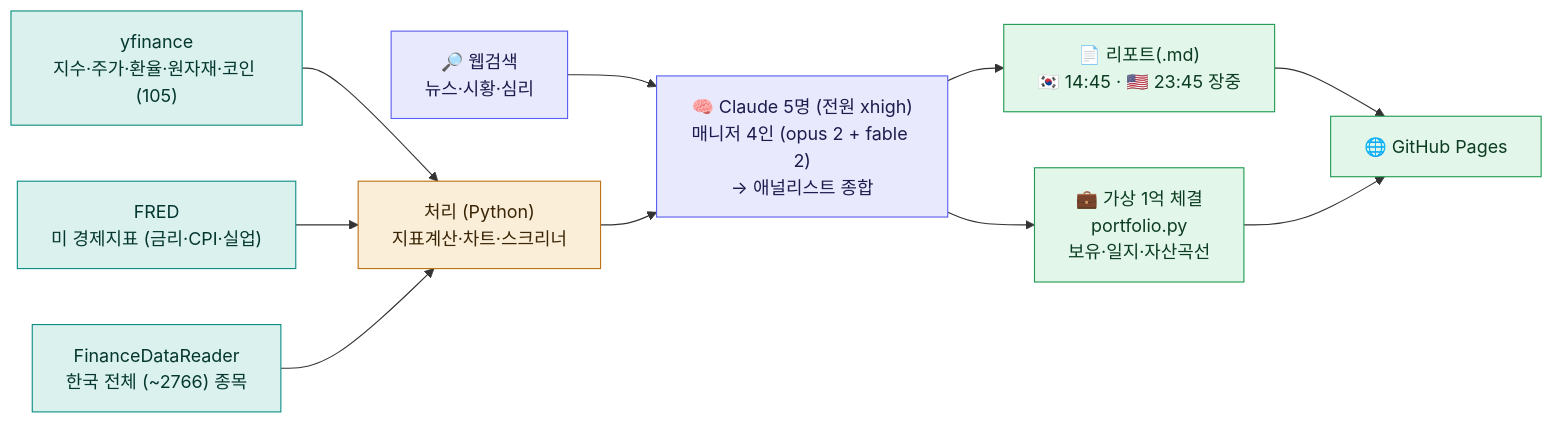
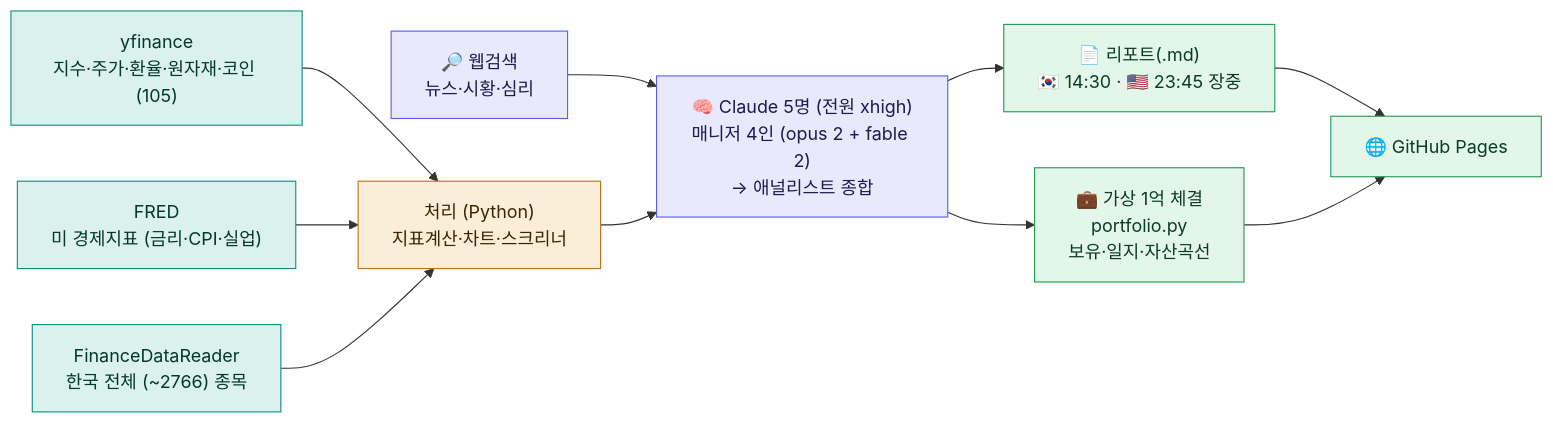
One commit to gks930620/stock-daily changed the second of 2 diagrams in docs/OVERVIEW.md. Above: the diagram before and after it, drawn with Mermaid. The commit also changed other lines of this file and 25 other files, not shown here.

````diff
--- a/docs/OVERVIEW.md
+++ b/docs/OVERVIEW.md
@@ -63,17 +67,17 @@
 ```mermaid
 flowchart LR
   Y["yfinance<br/>지수·주가·환율·원자재·코인 (105)"] --> P
   FR["FRED<br/>미 경제지표 (금리·CPI·실업)"] --> P
   FD["FinanceDataReader<br/>한국 전체 (~2766) 종목"] --> P
   WS["🔎 웹검색<br/>뉴스·시황·심리"] --> CL
 
   P["처리 (Python)<br/>지표계산·차트·스크리너"] --> CL
-  CL["🧠 Claude 5명 (전원 xhigh)<br/>매니저 4인 (opus 2 + fable 2)<br/>→ 애널리스트 종합"] --> R["📄 리포트(.md)<br/>🇰🇷 14:45 · 🇺🇸 23:45 장중"] --> PG["🌐 GitHub Pages"]
+  CL["🧠 Claude 5명 (전원 xhigh)<br/>매니저 4인 (opus 2 + fable 2)<br/>→ 애널리스트 종합"] --> R["📄 리포트(.md)<br/>🇰🇷 14:30 · 🇺🇸 23:45 장중"] --> PG["🌐 GitHub Pages"]
   CL --> PF["💼 가상 1억 체결<br/>portfolio.py<br/>보유·일지·자산곡선"] --> PG
 
   classDef data fill:#dbf1ee,stroke:#0e8f83,color:#04372f;
   classDef proc fill:#fbeed9,stroke:#bf7318,color:#3a2606;
   classDef ai   fill:#e9e9fe,stroke:#5b5ff0,color:#1c1c4d;
   classDef pub  fill:#e3f6ea,stroke:#219a52,color:#0c3d22;
   class Y,FR,FD data; class P proc; class WS,CL ai; class R,PF,PG pub;
 ```
````
